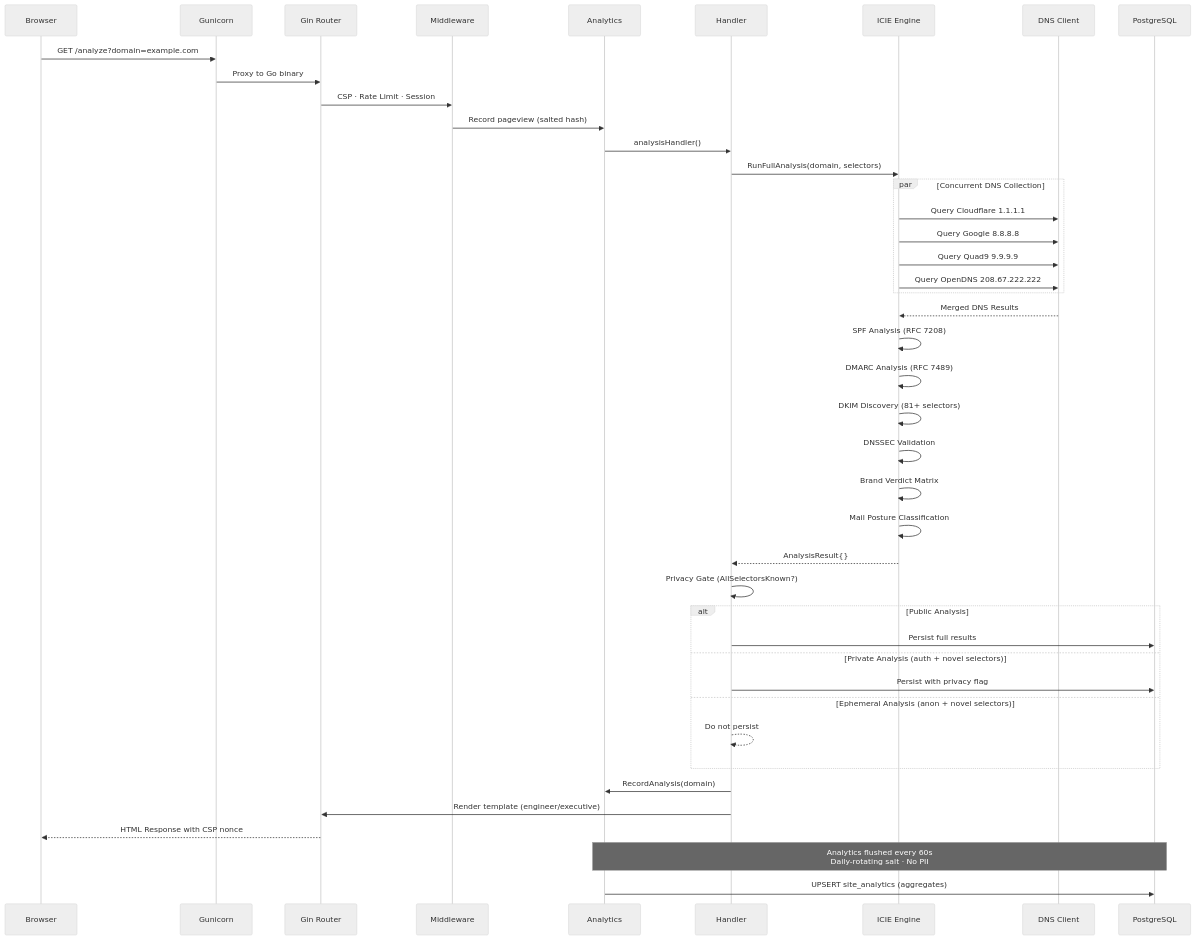
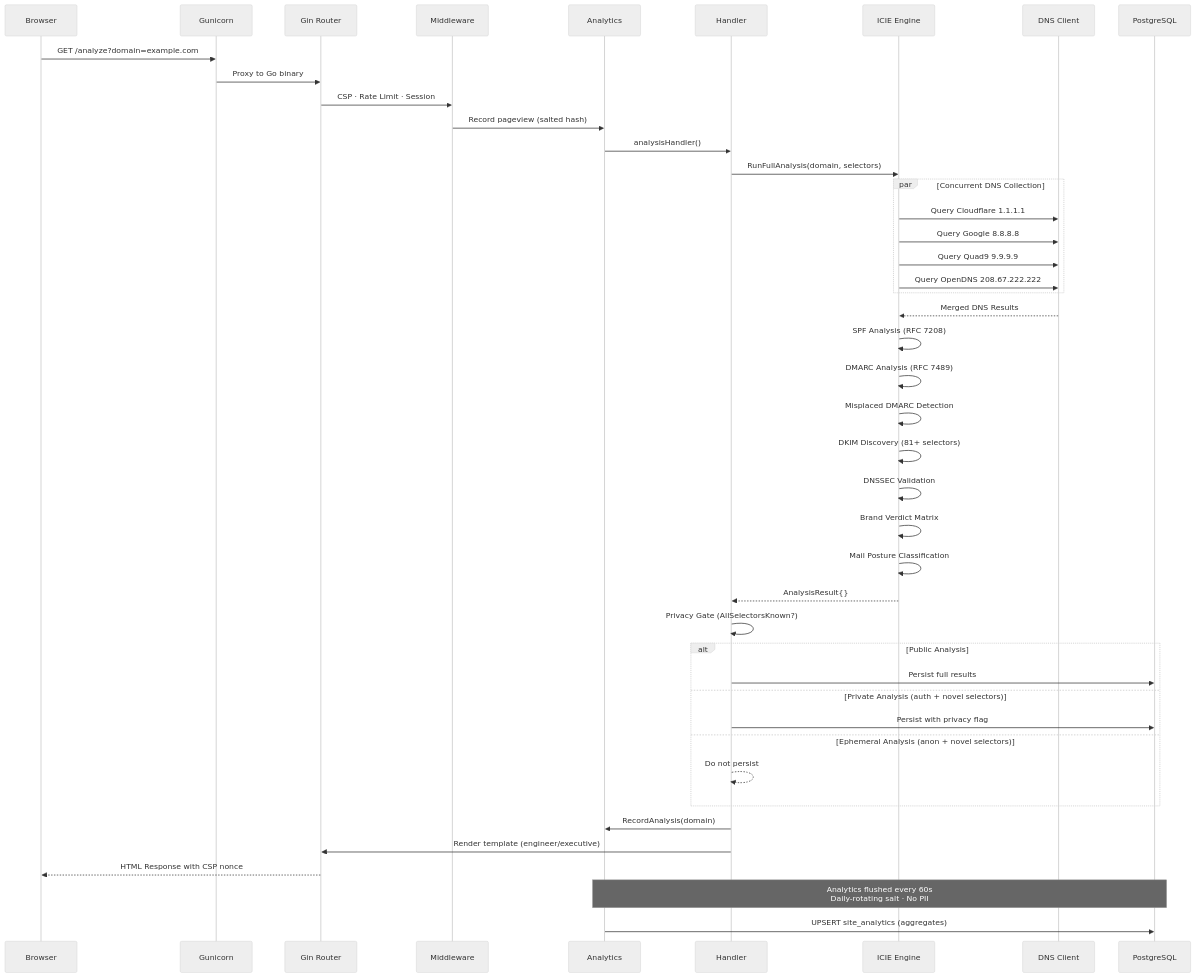
Before and after one commit to careyjames/DnsToolWeb: the seventh of 8 diagrams in docs/architecture/SYSTEM_ARCHITECTURE.md, drawn with Mermaid (neutral theme). The commit also changed other lines of this file and 5 other files, not shown here.

First line of the commit message:
Update website architecture and add new DMARC detection feature

````diff
--- a/docs/architecture/SYSTEM_ARCHITECTURE.md
+++ b/docs/architecture/SYSTEM_ARCHITECTURE.md
@@ -329,56 +406,57 @@
 ```mermaid
 sequenceDiagram
     participant B as Browser
     participant G as Gunicorn
     participant R as Gin Router
     participant MW as Middleware
     participant AN as Analytics
     participant H as Handler
     participant ICIE as ICIE Engine
     participant DNS as DNS Client
     participant DB as PostgreSQL
 
     B->>G: GET /analyze?domain=example.com
     G->>R: Proxy to Go binary
     R->>MW: CSP · Rate Limit · Session
     MW->>AN: Record pageview (salted hash)
     AN->>H: analysisHandler()
     
     H->>ICIE: RunFullAnalysis(domain, selectors)
     
     par Concurrent DNS Collection
         ICIE->>DNS: Query Cloudflare 1.1.1.1
         ICIE->>DNS: Query Google 8.8.8.8
         ICIE->>DNS: Query Quad9 9.9.9.9
         ICIE->>DNS: Query OpenDNS 208.67.222.222
     end
     
     DNS-->>ICIE: Merged DNS Results
     
     ICIE->>ICIE: SPF Analysis (RFC 7208)
     ICIE->>ICIE: DMARC Analysis (RFC 7489)
+    ICIE->>ICIE: Misplaced DMARC Detection
     ICIE->>ICIE: DKIM Discovery (81+ selectors)
     ICIE->>ICIE: DNSSEC Validation
     ICIE->>ICIE: Brand Verdict Matrix
     ICIE->>ICIE: Mail Posture Classification
     
     ICIE-->>H: AnalysisResult{}
     
     H->>H: Privacy Gate (AllSelectorsKnown?)
     
     alt Public Analysis
         H->>DB: Persist full results
     else Private Analysis (auth + novel selectors)
         H->>DB: Persist with privacy flag
     else Ephemeral Analysis (anon + novel selectors)
         H-->>H: Do not persist
     end
     
     H->>AN: RecordAnalysis(domain)
     
     H->>R: Render template (engineer/executive)
     R-->>B: HTML Response with CSP nonce
     
     Note over AN,DB: Analytics flushed every 60s<br/>Daily-rotating salt · No PII
     AN->>DB: UPSERT site_analytics (aggregates)
 ```
````
